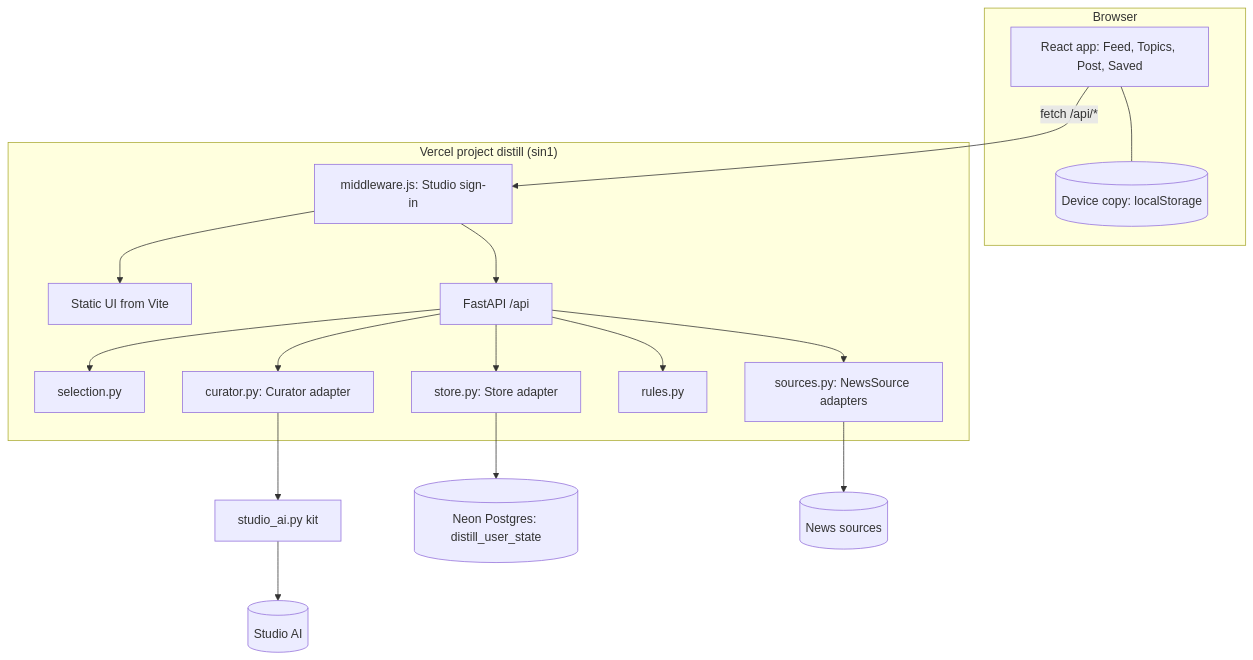
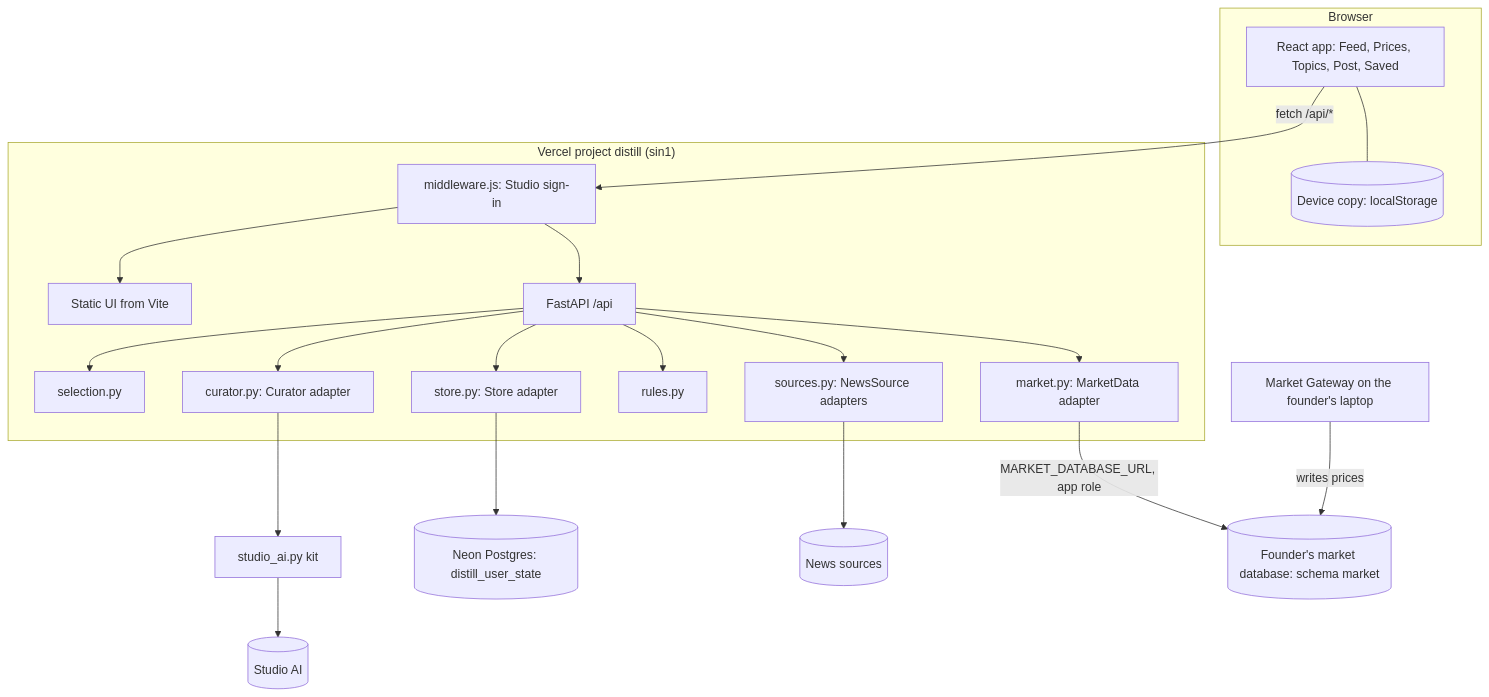
The second of 2 diagrams in docs/architecture/ARCHITECTURE.md (akkiverse/distill), drawn with Mermaid before and after one commit. The commit also changed other lines of this file and 28 other files, not shown here.

First line of the commit message:
E4: Distill: Price watchlist from the shared market database (CR-0005) (#14)

````diff
--- a/docs/architecture/ARCHITECTURE.md
+++ b/docs/architecture/ARCHITECTURE.md
@@ -20,19 +20,22 @@
 ```mermaid
 flowchart TB
   subgraph Browser
-    ui[React app: Feed, Topics, Post, Saved] --- copy[(Device copy: localStorage)]
+    ui[React app: Feed, Prices, Topics, Post, Saved] --- copy[(Device copy: localStorage)]
   end
   subgraph Vercel["Vercel project distill (sin1)"]
     mw[middleware.js: Studio sign-in] --> static[Static UI from Vite]
     mw --> api[FastAPI /api]
     api --> sel[selection.py]
     api --> src[sources.py: NewsSource adapters]
     api --> cur[curator.py: Curator adapter]
     api --> rules[rules.py]
     api --> store[store.py: Store adapter]
+    api --> mkt[market.py: MarketData adapter]
   end
   ui -->|fetch /api/*| mw
   cur --> studio_ai[studio_ai.py kit] --> AI[(Studio AI)]
   store --> PG[(Neon Postgres: distill_user_state)]
   src --> NEWS[(News sources)]
+  mkt -->|MARKET_DATABASE_URL, app role| MDB[(Founder's market database: schema market)]
+  GW[Market Gateway on the founder's laptop] -->|writes prices| MDB
 ```
````
